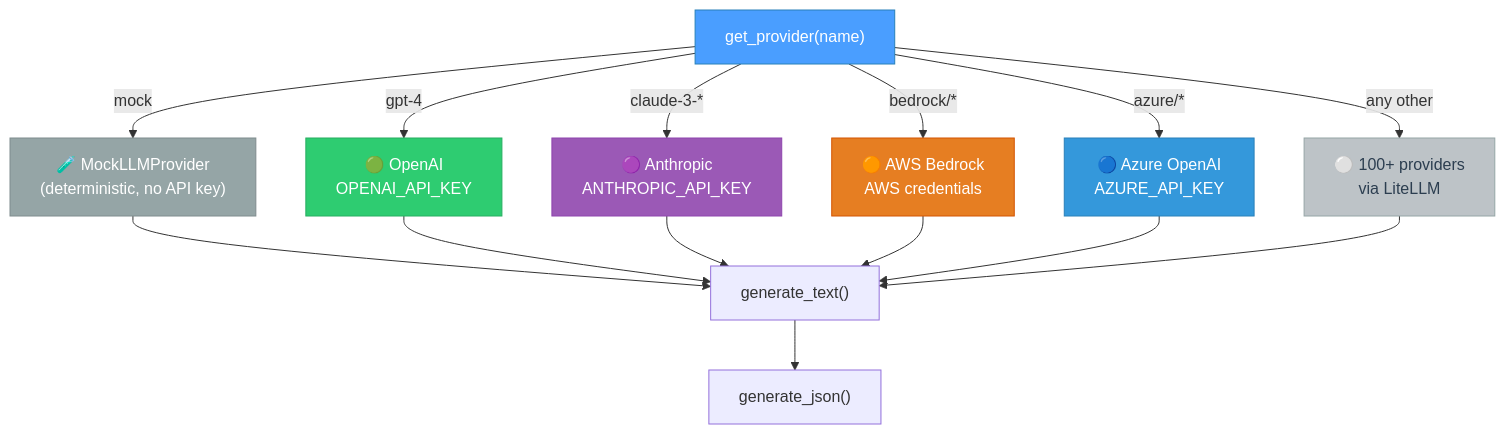
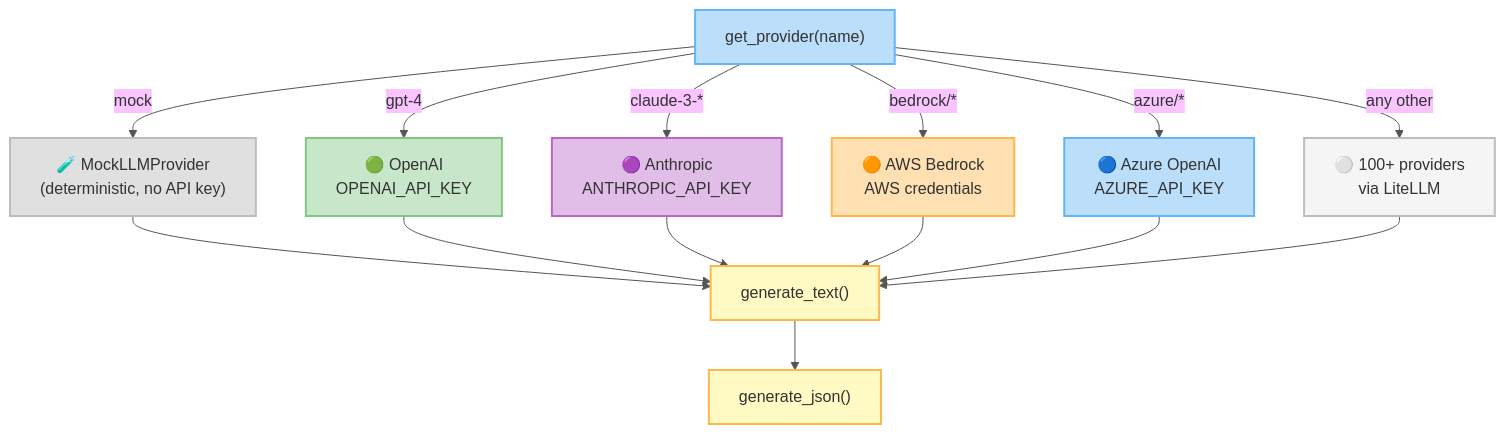
Before and after one commit to alvinhenrick/fhir-synth: the tenth of 10 diagrams in ARCHITECTURE.md, drawn with Mermaid. The commit also changed other lines of this file, not shown here.

Commit message:
refactor architecture documentation; enhance clarity and update visual elements for better understanding

````diff
--- a/ARCHITECTURE.md
+++ b/ARCHITECTURE.md
@@ -402,24 +497,31 @@
 ```mermaid
+%%{init: {'theme': 'base', 'themeVariables': {'primaryColor': '#fff9c4', 'primaryTextColor': '#333', 'primaryBorderColor': '#555', 'lineColor': '#555', 'fontFamily': 'Comic Sans MS, cursive, sans-serif'}}}%%
 graph TD
     GP["get_provider(name)"]
+
     GP -->|"mock"| MOCK["🧪 MockLLMProvider<br/>(deterministic, no API key)"]
     GP -->|"gpt-4"| GPT["🟢 OpenAI<br/>OPENAI_API_KEY"]
     GP -->|"claude-3-*"| CLAUDE["🟣 Anthropic<br/>ANTHROPIC_API_KEY"]
     GP -->|"bedrock/*"| BEDROCK["🟠 AWS Bedrock<br/>AWS credentials"]
     GP -->|"azure/*"| AZURE["🔵 Azure OpenAI<br/>AZURE_API_KEY"]
     GP -->|"any other"| OTHER["⚪ 100+ providers<br/>via LiteLLM"]
+
     MOCK --> GEN_TEXT["generate_text()"]
     GPT --> GEN_TEXT
     CLAUDE --> GEN_TEXT
     BEDROCK --> GEN_TEXT
     AZURE --> GEN_TEXT
     OTHER --> GEN_TEXT
+
     GEN_TEXT --> GEN_JSON["generate_json()"]
-    style GP fill:#4a9eff,stroke:#2980b9,color:#fff
-    style MOCK fill:#95a5a6,stroke:#7f8c8d,color:#fff
-    style GPT fill:#2ecc71,stroke:#27ae60,color:#fff
-    style CLAUDE fill:#9b59b6,stroke:#8e44ad,color:#fff
-    style BEDROCK fill:#e67e22,stroke:#d35400,color:#fff
-    style AZURE fill:#3498db,stroke:#2980b9,color:#fff
-    style OTHER fill:#bdc3c7,stroke:#95a5a6,color:#2c3e50
+
+    style GP fill:#bbdefb,stroke:#64b5f6,color:#333,stroke-width:2px
+    style MOCK fill:#e0e0e0,stroke:#bdbdbd,color:#333,stroke-width:2px
+    style GPT fill:#c8e6c9,stroke:#81c784,color:#333,stroke-width:2px
+    style CLAUDE fill:#e1bee7,stroke:#ba68c8,color:#333,stroke-width:2px
+    style BEDROCK fill:#ffe0b2,stroke:#ffb74d,color:#333,stroke-width:2px
+    style AZURE fill:#bbdefb,stroke:#64b5f6,color:#333,stroke-width:2px
+    style OTHER fill:#f5f5f5,stroke:#bdbdbd,color:#333,stroke-width:2px
+    style GEN_TEXT fill:#fff9c4,stroke:#ffb74d,color:#333,stroke-width:2px
+    style GEN_JSON fill:#fff9c4,stroke:#ffb74d,color:#333,stroke-width:2px
 ```
````
